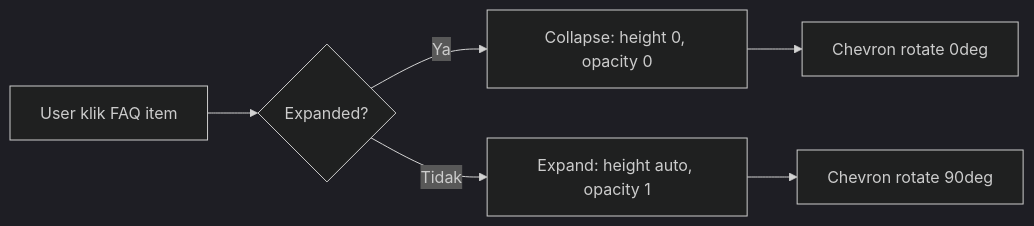
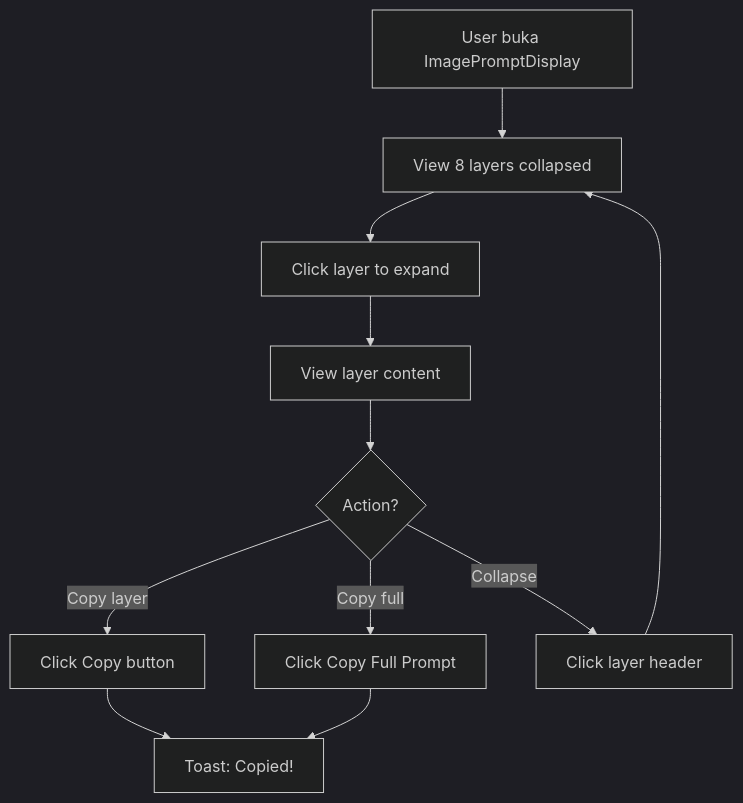
Before and after one commit to agrianwahab29/agrinode-promptflow: the fourth of 4 diagrams in product-docs/UIUX_SPEC.md, drawn with Mermaid (dark theme). The commit also changed other lines of this file and 14 other files, not shown here.

````diff
--- a/product-docs/UIUX_SPEC.md
+++ b/product-docs/UIUX_SPEC.md
@@ -484,8 +611,13 @@
 ```mermaid
-flowchart LR
-    A[User klik FAQ item] --> B{Expanded?}
-    B -->|Ya| C[Collapse: height 0, opacity 0]
-    B -->|Tidak| D[Expand: height auto, opacity 1]
-    D --> E[Chevron rotate 90deg]
-    C --> F[Chevron rotate 0deg]
+flowchart TD
+    A[User buka ImagePromptDisplay] --> B[View 8 layers collapsed]
+    B --> C[Click layer to expand]
+    C --> D[View layer content]
+    D --> E{Action?}
+    E -->|Copy layer| F[Click Copy button]
+    E -->|Copy full| G[Click Copy Full Prompt]
+    E -->|Collapse| H[Click layer header]
+    F --> I[Toast: Copied!]
+    G --> I
+    H --> B
 ```
````
